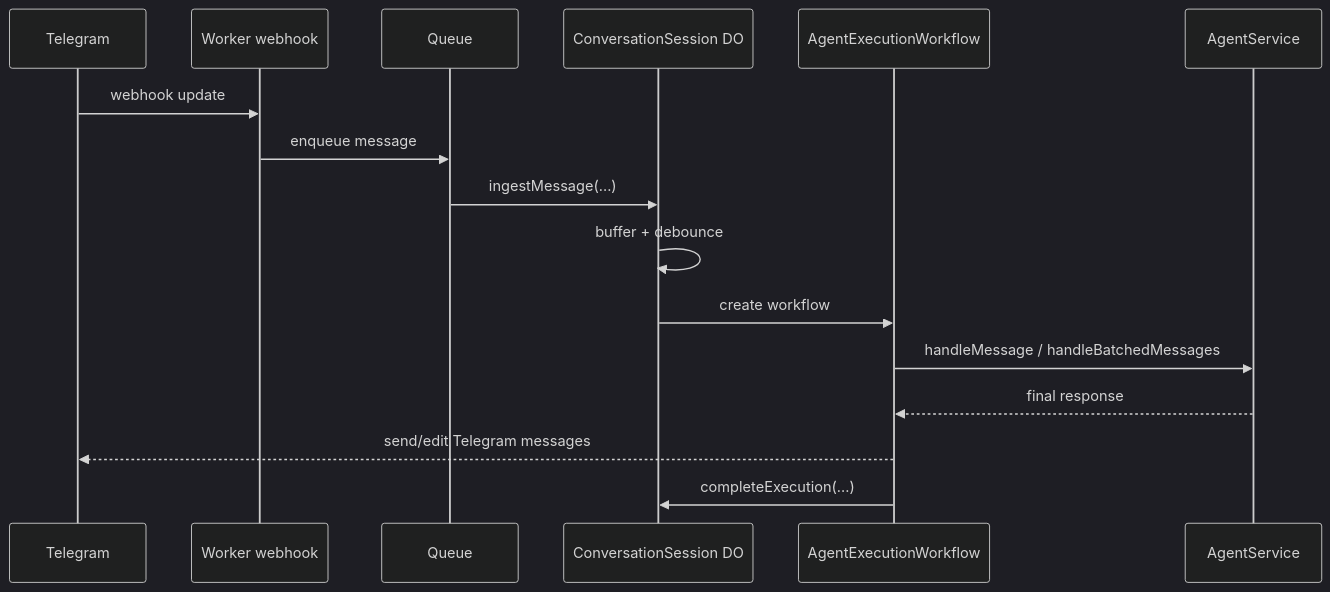
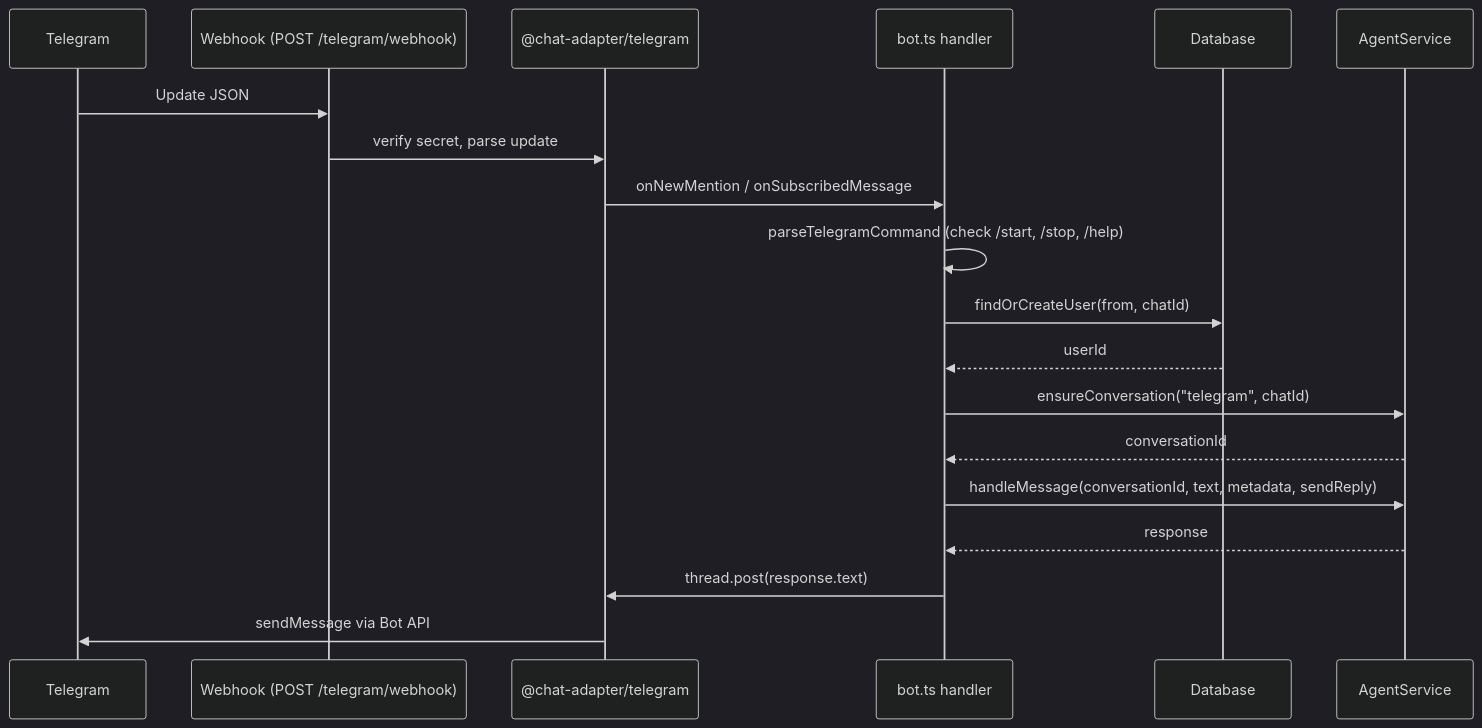
One commit to punitarani/amby changed the first of 2 diagrams in docs/CHANNELS.md. Above: the diagram before and after it, drawn with Mermaid (dark theme). The commit also changed other lines of this file, not shown here.

First line of the commit message:
Rewrite docs/CHANNELS.md with accurate flow diagrams and mock channel docs

````diff
--- a/docs/CHANNELS.md
+++ b/docs/CHANNELS.md
@@ -66,19 +17,22 @@
 ```mermaid
 sequenceDiagram
     participant TG as Telegram
-    participant W as Worker webhook
-    participant Q as Queue
-    participant DO as ConversationSession DO
-    participant WF as AgentExecutionWorkflow
-    participant A as AgentService
+    participant WH as Webhook (POST /telegram/webhook)
+    participant CA as @chat-adapter/telegram
+    participant Bot as bot.ts handler
+    participant DB as Database
+    participant Agent as AgentService
 
-    TG->>W: webhook update
-    W->>Q: enqueue message
-    Q->>DO: ingestMessage(...)
-    DO->>DO: buffer + debounce
-    DO->>WF: create workflow
-    WF->>A: handleMessage / handleBatchedMessages
-    A-->>WF: final response
-    WF-->>TG: send/edit Telegram messages
-    WF->>DO: completeExecution(...)
+    TG->>WH: Update JSON
+    WH->>CA: verify secret, parse update
+    CA->>Bot: onNewMention / onSubscribedMessage
+    Bot->>Bot: parseTelegramCommand (check /start, /stop, /help)
+    Bot->>DB: findOrCreateUser(from, chatId)
+    DB-->>Bot: userId
+    Bot->>Agent: ensureConversation("telegram", chatId)
+    Agent-->>Bot: conversationId
+    Bot->>Agent: handleMessage(conversationId, text, metadata, sendReply)
+    Agent-->>Bot: response
+    Bot->>CA: thread.post(response.text)
+    CA->>TG: sendMessage via Bot API
 ```
````
